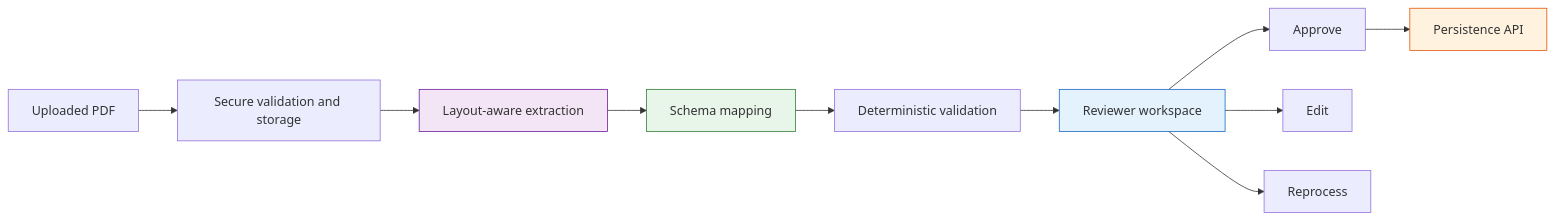
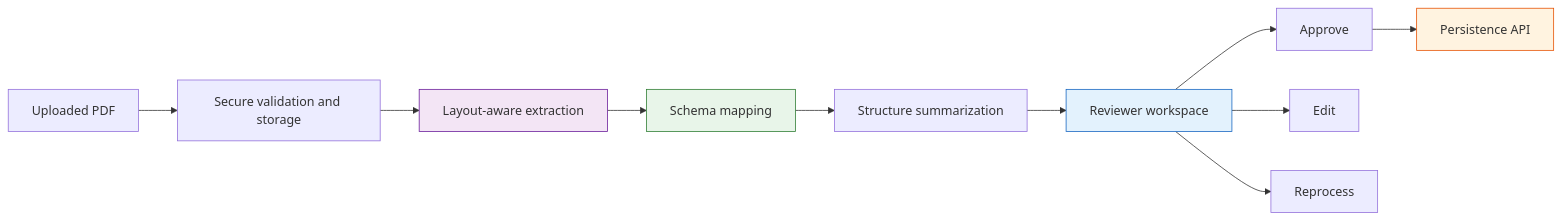
One commit to ranjivs64/QualsDemo changed the second of 2 diagrams in docs/artifacts/adr/ADR-1.md. Above: the diagram before and after it, drawn with Mermaid. The commit also changed other lines of this file and 13 other files, not shown here.

````diff
--- a/docs/artifacts/adr/ADR-1.md
+++ b/docs/artifacts/adr/ADR-1.md
@@ -321,17 +321,17 @@
 ```mermaid
 graph LR
  A[Uploaded PDF] --> B[Secure validation and storage]
  B --> C[Layout-aware extraction]
  C --> D[Schema mapping]
- D --> E[Deterministic validation]
+ D --> E[Structure summarization]
  E --> F[Reviewer workspace]
  F --> G[Approve]
  F --> H[Edit]
  F --> I[Reprocess]
  G --> J[Persistence API]
 
  style C fill:#F3E5F5,stroke:#6A1B9A
  style D fill:#E8F5E9,stroke:#2E7D32
  style F fill:#E3F2FD,stroke:#1565C0
  style J fill:#FFF3E0,stroke:#E65100
 ```
````
